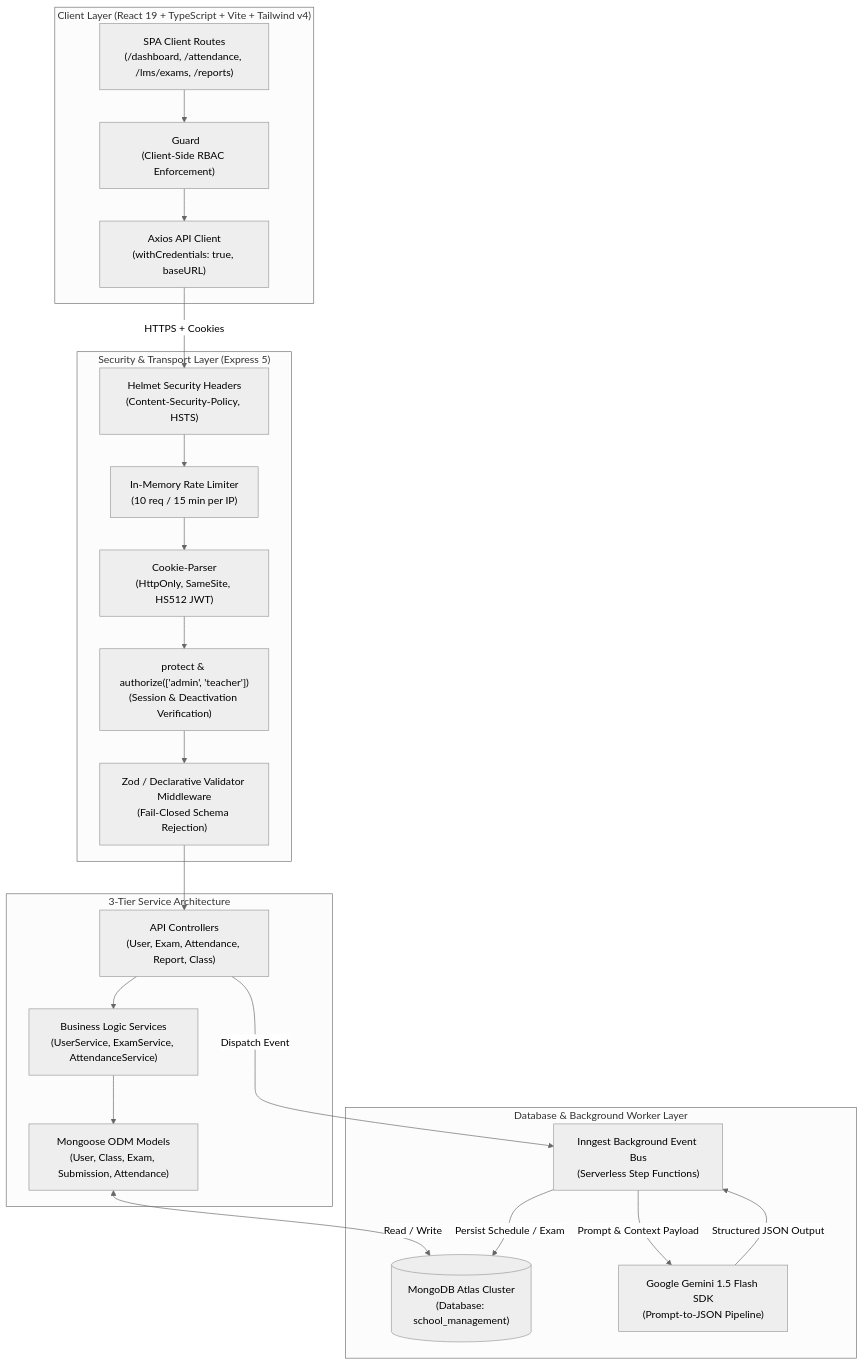
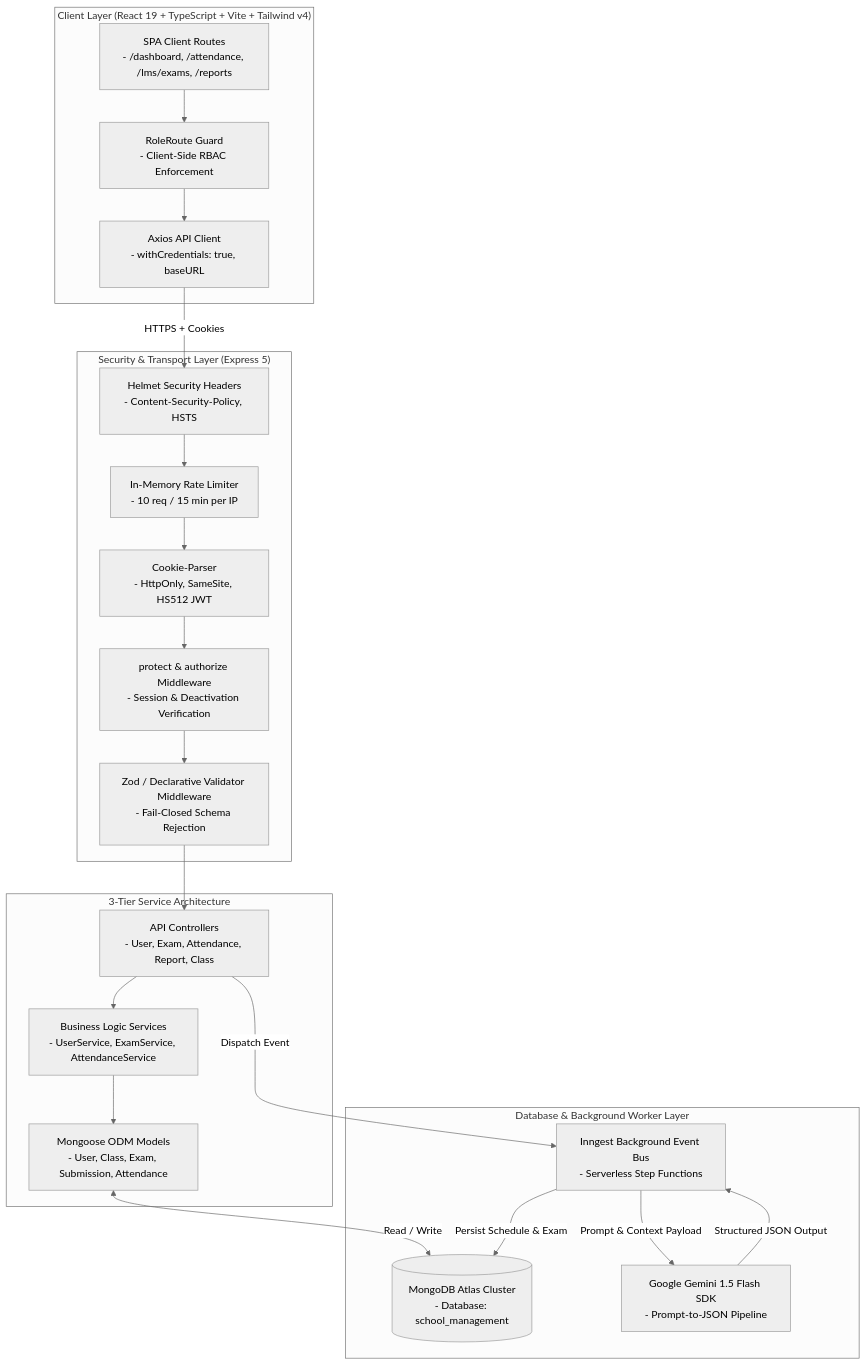
Before and after one commit to Sekhar01807/School-Management: the first of 2 diagrams in readme.md, drawn with Mermaid (neutral theme). The commit also changed other lines of this file, not shown here.

Commit message:
docs: quote mermaid edge labels and sanitize syntax for github rendering

````diff
--- a/readme.md
+++ b/readme.md
@@ -142,40 +142,54 @@
 ```mermaid
 flowchart TD
     subgraph FrontendLayer ["Client Layer (React 19 + TypeScript + Vite + Tailwind v4)"]
-        UI["SPA Client Routes\n(/dashboard, /attendance, /lms/exams, /reports)"]
-        RoleGuard["<RoleRoute /> Guard\n(Client-Side RBAC Enforcement)"]
-        AxiosClient["Axios API Client\n(withCredentials: true, baseURL)"]
+        UI["SPA Client Routes
+- /dashboard, /attendance, /lms/exams, /reports"]
+        RoleGuard["RoleRoute Guard
+- Client-Side RBAC Enforcement"]
+        AxiosClient["Axios API Client
+- withCredentials: true, baseURL"]
         UI --> RoleGuard --> AxiosClient
     end
 
     subgraph TransportSecurity ["Security & Transport Layer (Express 5)"]
-        HelmetMid["Helmet Security Headers\n(Content-Security-Policy, HSTS)"]
-        RateLimiter["In-Memory Rate Limiter\n(10 req / 15 min per IP)"]
-        CookieParser["Cookie-Parser\n(HttpOnly, SameSite, HS512 JWT)"]
-        AuthMiddleware["protect & authorize(['admin', 'teacher'])\n(Session & Deactivation Verification)"]
-        ValidationPipe["Zod / Declarative Validator Middleware\n(Fail-Closed Schema Rejection)"]
+        HelmetMid["Helmet Security Headers
+- Content-Security-Policy, HSTS"]
+        RateLimiter["In-Memory Rate Limiter
+- 10 req / 15 min per IP"]
+        CookieParser["Cookie-Parser
+- HttpOnly, SameSite, HS512 JWT"]
+        AuthMiddleware["protect & authorize Middleware
+- Session & Deactivation Verification"]
+        ValidationPipe["Zod / Declarative Validator Middleware
+- Fail-Closed Schema Rejection"]
         
-        AxiosClient -->|HTTPS + Cookies| HelmetMid
+        AxiosClient -->|"HTTPS + Cookies"| HelmetMid
         HelmetMid --> RateLimiter --> CookieParser --> AuthMiddleware --> ValidationPipe
     end
 
     subgraph ServiceLayer ["3-Tier Service Architecture"]
-        Controllers["API Controllers\n(User, Exam, Attendance, Report, Class)"]
-        Services["Business Logic Services\n(UserService, ExamService, AttendanceService)"]
-        MongooseModels["Mongoose ODM Models\n(User, Class, Exam, Submission, Attendance)"]
+        Controllers["API Controllers
+- User, Exam, Attendance, Report, Class"]
+        Services["Business Logic Services
+- UserService, ExamService, AttendanceService"]
+        MongooseModels["Mongoose ODM Models
+- User, Class, Exam, Submission, Attendance"]
         
         ValidationPipe --> Controllers --> Services --> MongooseModels
     end
 
     subgraph DataAndAI ["Database & Background Worker Layer"]
-        MongoDB[("MongoDB Atlas Cluster\n(Database: school_management)")]
-        InngestWorker["Inngest Background Event Bus\n(Serverless Step Functions)"]
-        GeminiAI["Google Gemini 1.5 Flash SDK\n(Prompt-to-JSON Pipeline)"]
+        MongoDB[("MongoDB Atlas Cluster
+- Database: school_management")]
+        InngestWorker["Inngest Background Event Bus
+- Serverless Step Functions"]
+        GeminiAI["Google Gemini 1.5 Flash SDK
+- Prompt-to-JSON Pipeline"]
         
-        MongooseModels <-->|Read / Write| MongoDB
-        Controllers -->|Dispatch Event| InngestWorker
-        InngestWorker -->|Prompt & Context Payload| GeminiAI
-        GeminiAI -->|Structured JSON Output| InngestWorker
-        InngestWorker -->|Persist Schedule / Exam| MongoDB
+        MongooseModels <-->|"Read / Write"| MongoDB
+        Controllers -->|"Dispatch Event"| InngestWorker
+        InngestWorker -->|"Prompt & Context Payload"| GeminiAI
+        GeminiAI -->|"Structured JSON Output"| InngestWorker
+        InngestWorker -->|"Persist Schedule & Exam"| MongoDB
     end
 ```
````
